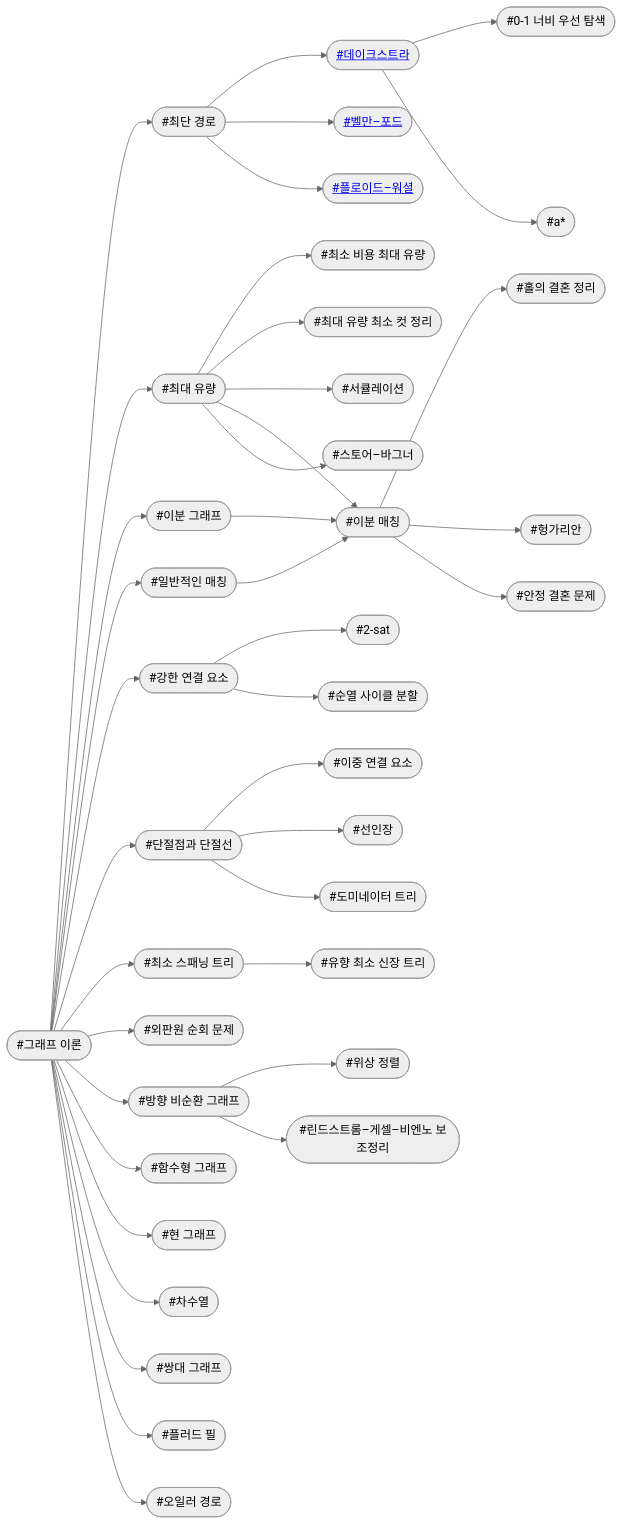
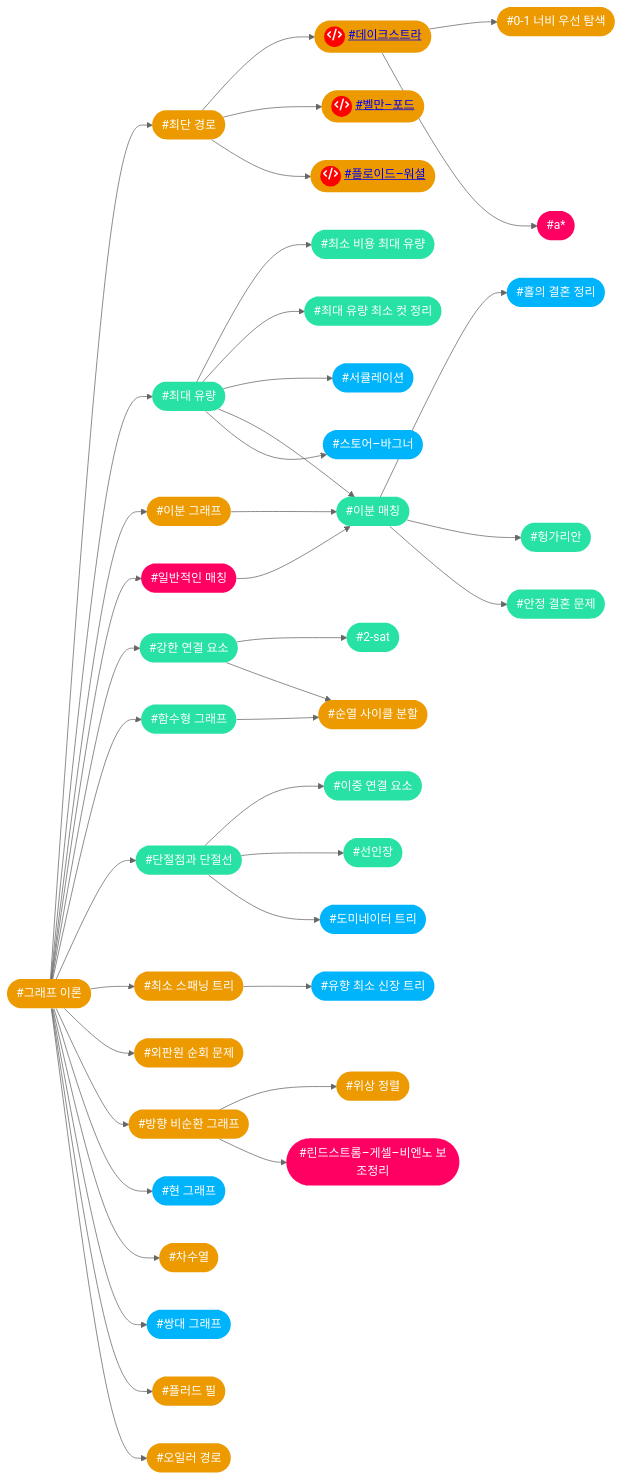
The fifth of 10 diagrams in index.md (CHOYUNSIG/algorithm_with_boj), drawn with Mermaid (neutral theme) before and after one commit. The commit also changed other lines of this file and 2 other files, not shown here.

```diff
--- a/index.md
+++ b/index.md
@@ -186,11 +218,11 @@
     #graphs --> #bipartite_graph
     #graphs --> #general_matching
     #graphs --> #scc
+    #graphs --> #functional_graph
     #graphs --> #articulation
     #graphs --> #mst
     #graphs --> #tsp
     #graphs --> #dag
-    #graphs --> #functional_graph
     #graphs --> #chordal_graph
     #graphs --> #degree_sequence
     #graphs --> #dual_graph
@@ -215,46 +247,54 @@
     #mst --> #directed_mst
     #scc --> #2_sat
     #scc --> #permutation_cycle_decomposition
+    #functional_graph --> #permutation_cycle_decomposition
     #dijkstra --> #0_1_bfs
     #dijkstra --> #a_star
     #dag --> #topological_sorting
     #dag --> #lgv
 
-    #0_1_bfs(["#0-1 너비 우선 탐색"])
-    #2_sat(["#2-sat"])
-    #a_star(["#a*"])
-    #scc(["#강한 연결 요소"])
-    #graphs(["#그래프 이론"])
-    #articulation(["#단절점과 단절선"])
-    #dijkstra(["<a href="post/2024/01/01/dijkstra.html">#데이크스트라</a>"])
-    #dominator_tree(["#도미네이터 트리"])
-    #lgv(["#린드스트롬–게셀–비엔노 보조정리"])
-    #dag(["#방향 비순환 그래프"])
-    #bellman_ford(["<a href="post/2024/01/07/bellman_ford.html">#벨만–포드</a>"])
-    #circulation(["#서큘레이션"])
-    #cactus(["#선인장"])
-    #permutation_cycle_decomposition(["#순열 사이클 분할"])
-    #stoer_wagner(["#스토어–바그너"])
-    #dual_graph(["#쌍대 그래프"])
-    #stable_marriage(["#안정 결혼 문제"])
-    #eulerian_path(["#오일러 경로"])
-    #tsp(["#외판원 순회 문제"])
-    #topological_sorting(["#위상 정렬"])
-    #directed_mst(["#유향 최소 신장 트리"])
-    #bipartite_graph(["#이분 그래프"])
-    #bipartite_matching(["#이분 매칭"])
-    #biconnected_component(["#이중 연결 요소"])
-    #general_matching(["#일반적인 매칭"])
-    #degree_sequence(["#차수열"])
-    #shortest_path(["#최단 경로"])
-    #flow(["#최대 유량"])
-    #mfmc(["#최대 유량 최소 컷 정리"])
-    #mcmf(["#최소 비용 최대 유량"])
-    #mst(["#최소 스패닝 트리"])
-    #flood_fill(["#플러드 필"])
-    #floyd_warshall(["<a href="post/2024/01/07/floyd_warshall.html">#플로이드–워셜</a>"])
-    #functional_graph(["#함수형 그래프"])
-    #hungarian(["#헝가리안"])
-    #chordal_graph(["#현 그래프"])
-    #hall(["#홀의 결혼 정리"])
+    #0_1_bfs(["#0-1 너비 우선 탐색"]):::tier2
+    #2_sat(["#2-sat"]):::tier3
+    #a_star(["#a*"]):::tier5
+    #scc(["#강한 연결 요소"]):::tier3
+    #graphs(["#그래프 이론"]):::tier2
+    #articulation(["#단절점과 단절선"]):::tier3
+    #dijkstra(["<span style="background-color: red; border-radius: 50%; display:inline-block; width:28px; height:28px">fa:fa-code</span> <a href="post/2024/01/01/dijkstra.html">#데이크스트라</a>"]):::tier2
+    #dominator_tree(["#도미네이터 트리"]):::tier4
+    #lgv(["#린드스트롬–게셀–비엔노 보조정리"]):::tier5
+    #dag(["#방향 비순환 그래프"]):::tier2
+    #bellman_ford(["<span style="background-color: red; border-radius: 50%; display:inline-block; width:28px; height:28px">fa:fa-code</span> <a href="post/2024/01/07/bellman_ford.html">#벨만–포드</a>"]):::tier2
+    #circulation(["#서큘레이션"]):::tier4
+    #cactus(["#선인장"]):::tier3
+    #permutation_cycle_decomposition(["#순열 사이클 분할"]):::tier2
+    #stoer_wagner(["#스토어–바그너"]):::tier4
+    #dual_graph(["#쌍대 그래프"]):::tier4
+    #stable_marriage(["#안정 결혼 문제"]):::tier3
+    #eulerian_path(["#오일러 경로"]):::tier2
+    #tsp(["#외판원 순회 문제"]):::tier2
+    #topological_sorting(["#위상 정렬"]):::tier2
+    #directed_mst(["#유향 최소 신장 트리"]):::tier4
+    #bipartite_graph(["#이분 그래프"]):::tier2
+    #bipartite_matching(["#이분 매칭"]):::tier3
+    #biconnected_component(["#이중 연결 요소"]):::tier3
+    #general_matching(["#일반적인 매칭"]):::tier5
+    #degree_sequence(["#차수열"]):::tier2
+    #shortest_path(["#최단 경로"]):::tier2
+    #flow(["#최대 유량"]):::tier3
+    #mfmc(["#최대 유량 최소 컷 정리"]):::tier3
+    #mcmf(["#최소 비용 최대 유량"]):::tier3
+    #mst(["#최소 스패닝 트리"]):::tier2
+    #flood_fill(["#플러드 필"]):::tier2
+    #floyd_warshall(["<span style="background-color: red; border-radius: 50%; display:inline-block; width:28px; height:28px">fa:fa-code</span> <a href="post/2024/01/07/floyd_warshall.html">#플로이드–워셜</a>"]):::tier2
+    #functional_graph(["#함수형 그래프"]):::tier3
+    #hungarian(["#헝가리안"]):::tier3
+    #chordal_graph(["#현 그래프"]):::tier4
+    #hall(["#홀의 결혼 정리"]):::tier4
+
+    classDef tier0 fill:#ad5600, color:#fff, stroke:#0000
+    classDef tier1 fill:#435f7a, color:#fff, stroke:#0000
+    classDef tier2 fill:#ec9a00, color:#fff, stroke:#0000
+    classDef tier3 fill:#27e2a4, color:#fff, stroke:#0000
+    classDef tier4 fill:#00b4fc, color:#fff, stroke:#0000
+    classDef tier5 fill:#ff0062, color:#fff, stroke:#0000
 </pre>
```
